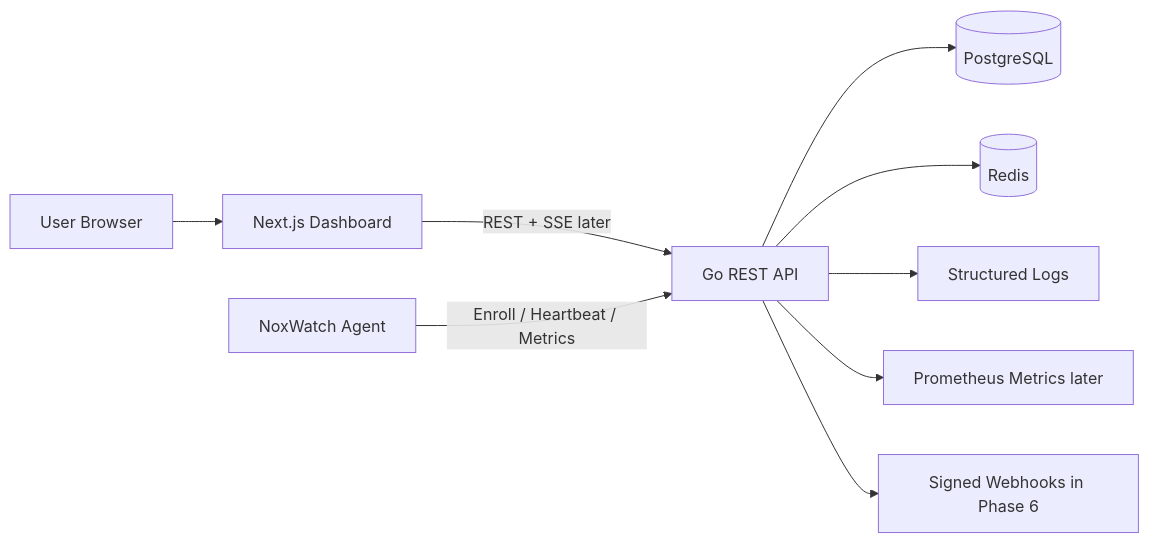
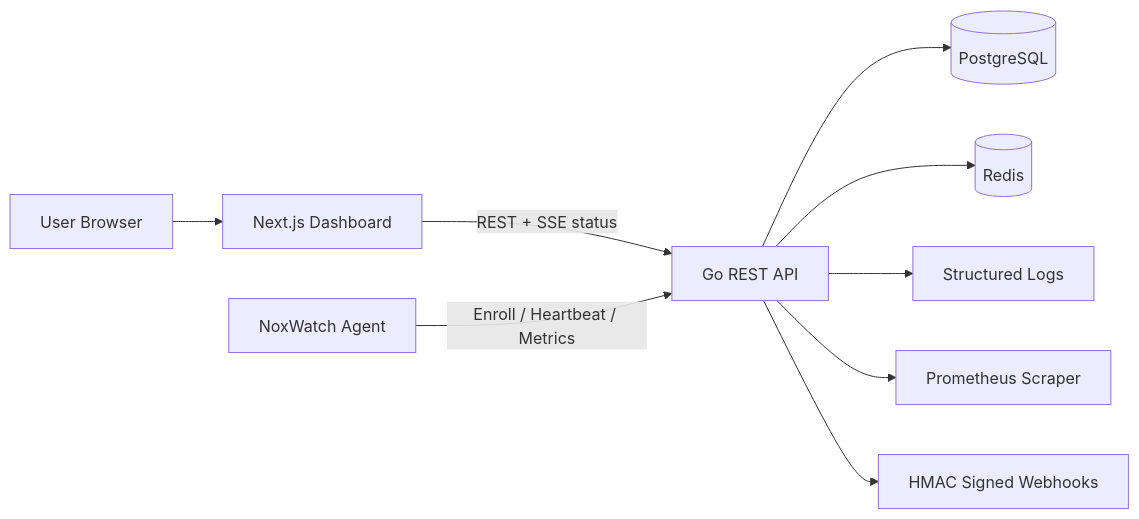
Before and after one commit to raffinauvall/noxwatch: the first of 4 diagrams in docs/architecture.md, drawn with Mermaid. The commit also changed other lines of this file and 7 other files, not shown here.

````diff
--- a/docs/architecture.md
+++ b/docs/architecture.md
@@ -17,11 +17,11 @@
 ```mermaid
 flowchart LR
   User[User Browser] --> Web[Next.js Dashboard]
-  Web -->|REST + SSE later| API[Go REST API]
+  Web -->|REST + SSE status| API[Go REST API]
   Agent[NoxWatch Agent] -->|Enroll / Heartbeat / Metrics| API
   API --> Postgres[(PostgreSQL)]
   API --> Redis[(Redis)]
   API --> Logs[Structured Logs]
-  API --> Metrics[Prometheus Metrics later]
-  API --> Webhook[Signed Webhooks in Phase 6]
+  API --> Metrics[Prometheus Scraper]
+  API --> Webhook[HMAC Signed Webhooks]
 ```
````
